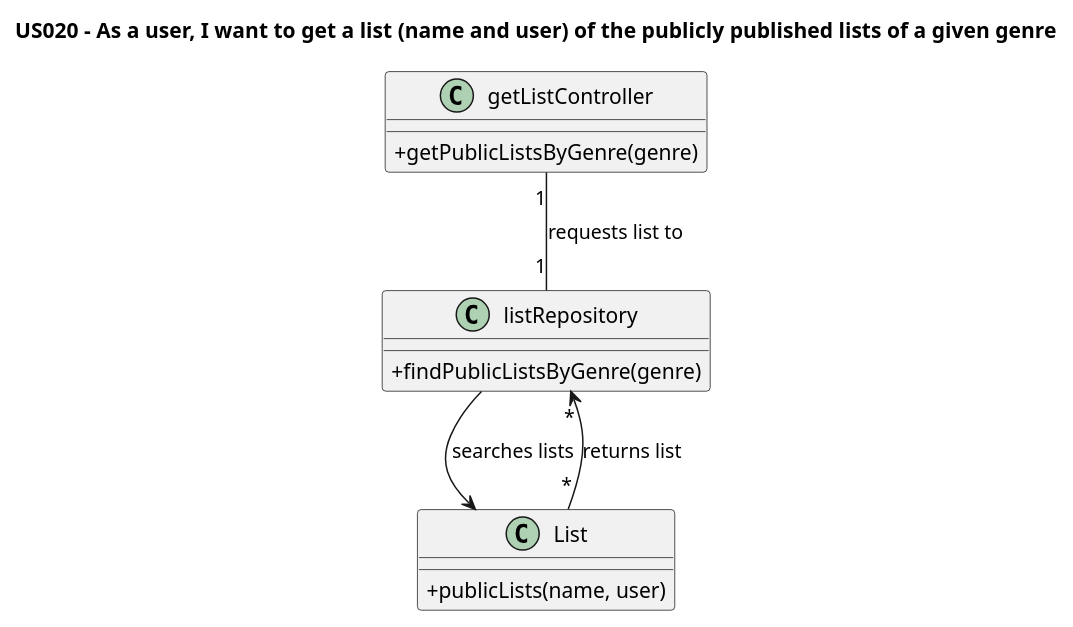
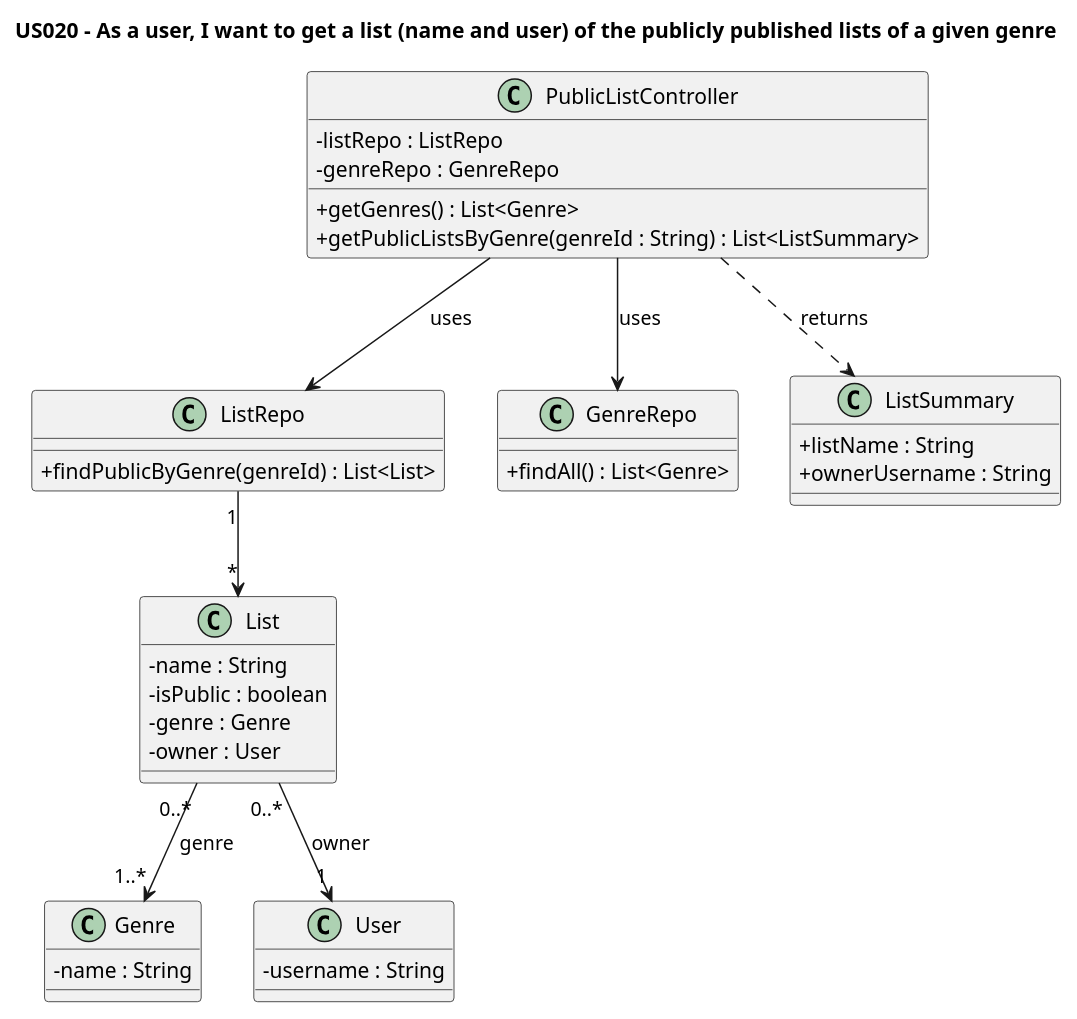
Before and after one commit to AndrePereiraGitH/SWitCH-Project-Team_A: the diagram in Diagrams/ClassDiagrams/US020-to-get-list-of-public-lists-of-a-given-genre.puml, drawn with PlantUML. The commit also changed 3 other files, not shown here.

```diff
--- a/Diagrams/ClassDiagrams/US020-to-get-list-of-public-lists-of-a-given-genre.puml
+++ b/Diagrams/ClassDiagrams/US020-to-get-list-of-public-lists-of-a-given-genre.puml
@@ -1,26 +1,50 @@
 @startuml
-'https://plantuml.com/class-diagram
+skinparam classAttributeIconSize 0
 
 title US020 - As a user, I want to get a list (name and user) of the publicly published lists of a given genre
 
-skinparam classAttributeIconSize 0
-
-class getListController{
-
- + getPublicListsByGenre(genre)
-
+class PublicListController {
+  -listRepo : ListRepo
+  -genreRepo : GenreRepo
+  +getGenres() : List<Genre>
+  +getPublicListsByGenre(genreId : String) : List<ListSummary>
 }
 
-class listRepository{
+class ListRepo {
+  +findPublicByGenre(genreId) : List<List>
+}
 
- +  findPublicListsByGenre(genre)
+class GenreRepo {
+  +findAll() : List<Genre>
 }
 
 class List {
- +publicLists(name, user)
+  -name : String
+  -isPublic : boolean
+  -genre : Genre
+  -owner : User
 }
 
-getListController "1" -- "1" listRepository: requests list to
-listRepository --> List: searches lists
-List "*" --> "*"listRepository: returns list
+class Genre {
+  -name : String
+}
+
+class User {
+  -username : String
+}
+
+class ListSummary {
+  +listName : String
+  +ownerUsername : String
+}
+
+PublicListController --> ListRepo : uses
+PublicListController --> GenreRepo : uses
+
+List "0..*" --> "1..*" Genre : genre
+List "0..*" --> "1" User : owner
+ListRepo "1" --> "*" List
+
+PublicListController ..> ListSummary : returns
+
 @enduml
```
